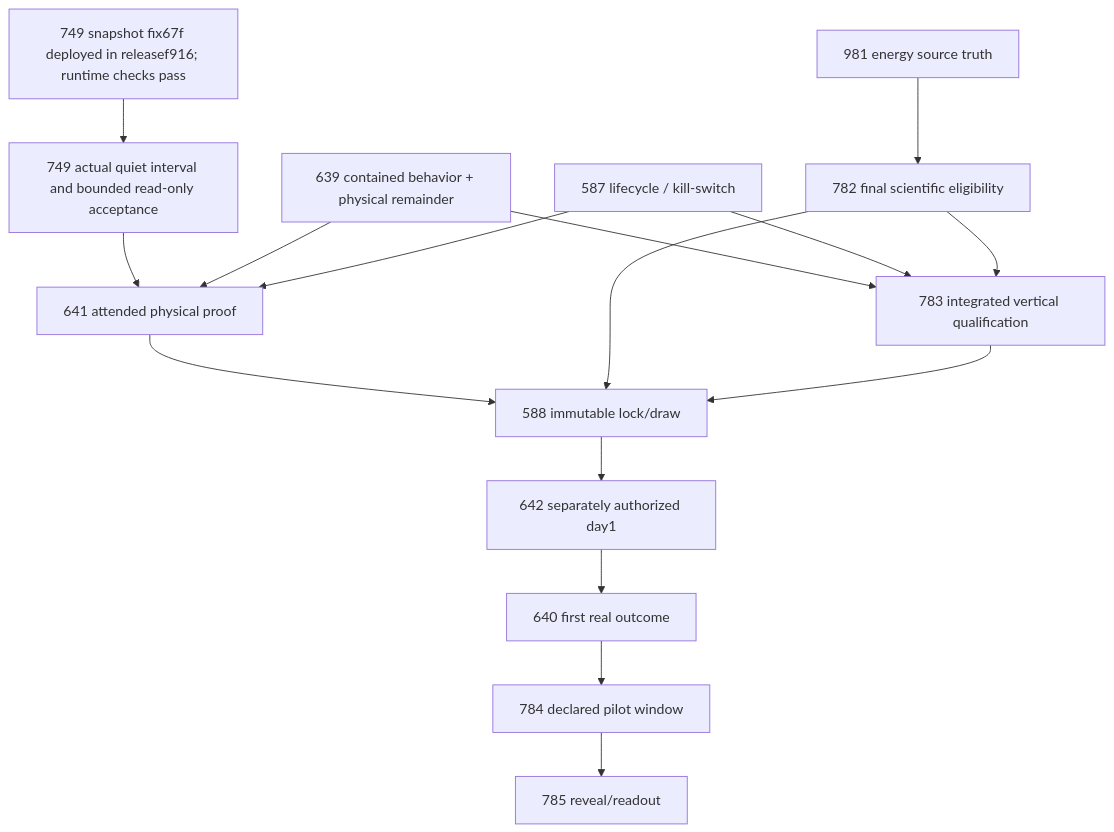
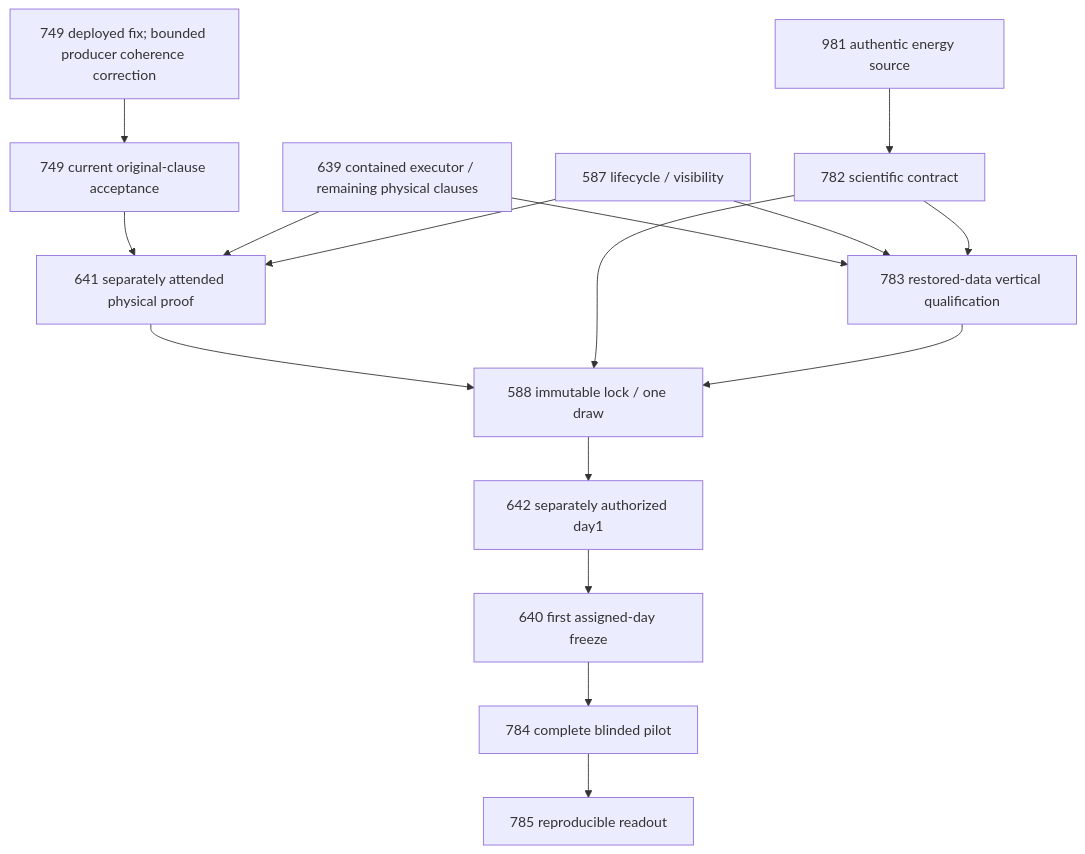
Before and after one commit to VerdifyConsultancy/verdify-platform: the diagram in planning/reviews/2026-10-17/DEPENDENCIES.md, drawn with Mermaid. The commit also changed other lines of this file and 17 other files, not shown here.

````diff
--- a/planning/reviews/2026-10-17/DEPENDENCIES.md
+++ b/planning/reviews/2026-10-17/DEPENDENCIES.md
@@ -7,18 +5,18 @@
 ```mermaid
 flowchart TD
-  delivery["749 snapshot fix67f deployed in releasef916; runtime checks pass"] --> i749["749 actual quiet interval and bounded read-only acceptance"]
-  i639["639 contained behavior + physical remainder"] --> i783["783 integrated vertical qualification"]
-  i587["587 lifecycle / kill-switch"] --> i783
-  i981["981 energy source truth"] --> i782["782 final scientific eligibility"]
-  i782 --> i783
-  i749 --> i641["641 attended physical proof"]
-  i639 --> i641
-  i587 --> i641
-  i641 --> i588["588 immutable lock/draw"]
-  i782 --> i588
-  i783 --> i588
-  i588 --> i642["642 separately authorized day1"]
-  i642 --> i640["640 first real outcome"]
-  i640 --> i784["784 declared pilot window"]
-  i784 --> i785["785 reveal/readout"]
+  coherence["749 deployed fix; bounded producer coherence correction"] --> ready["749 current original-clause acceptance"]
+  e981["981 authentic energy source"] --> science["782 scientific contract"]
+  e639["639 contained executor / remaining physical clauses"] --> integration["783 restored-data vertical qualification"]
+  e587["587 lifecycle / visibility"] --> integration
+  science --> integration
+  ready --> proof["641 separately attended physical proof"]
+  e639 --> proof
+  e587 --> proof
+  proof --> lock["588 immutable lock / one draw"]
+  science --> lock
+  integration --> lock
+  lock --> launch["642 separately authorized day1"]
+  launch --> outcome["640 first assigned-day freeze"]
+  outcome --> pilot["784 complete blinded pilot"]
+  pilot --> readout["785 reproducible readout"]
 ```
````
